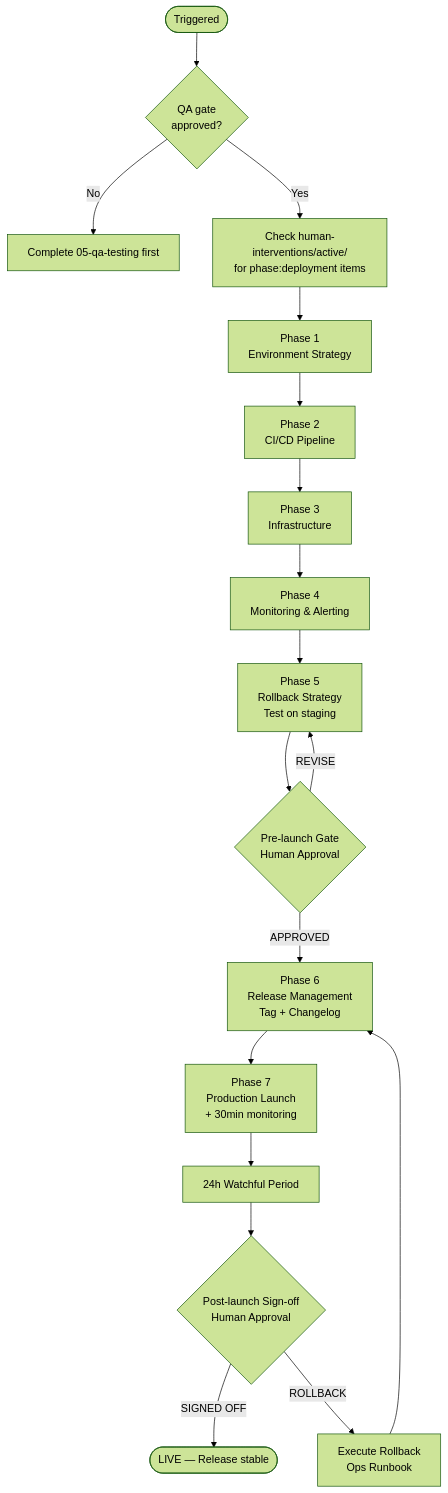
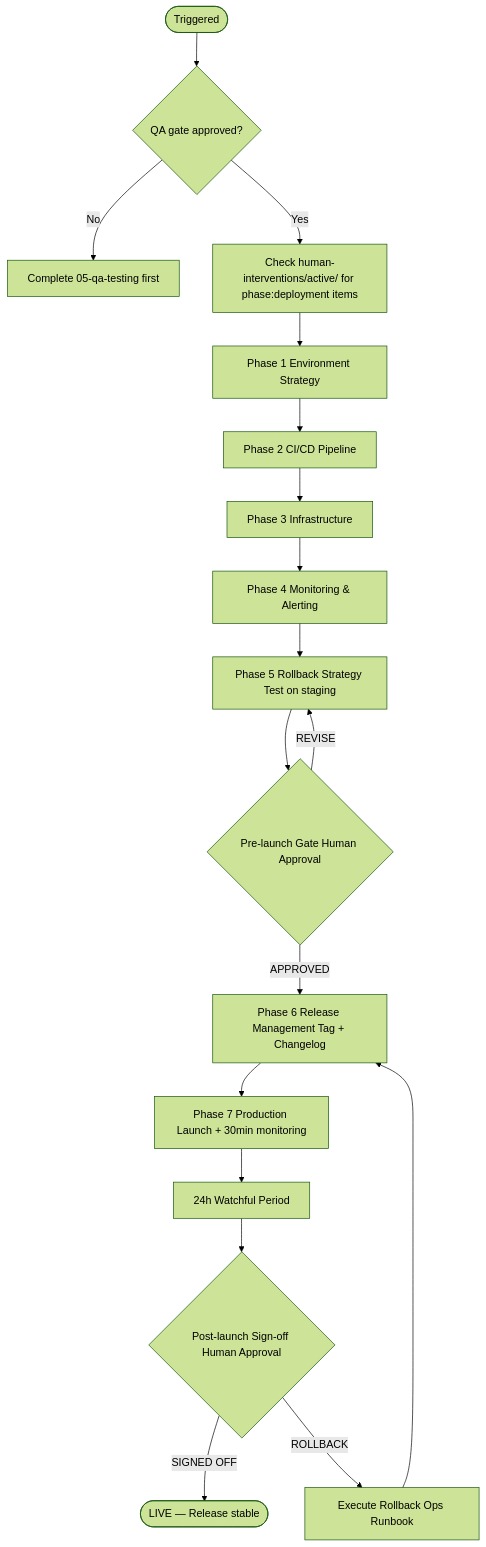
Before and after one commit to ivanyeors/product-agentic-templates: the first of 2 diagrams in .cursor/skills/06-deployment/SKILL.md, drawn with Mermaid (forest theme). The commit also changed other lines of this file and 39 other files, not shown here.

````diff
--- a/.cursor/skills/06-deployment/SKILL.md
+++ b/.cursor/skills/06-deployment/SKILL.md
@@ -36,20 +36,20 @@
 ```mermaid
 flowchart TD
-    start([Triggered]) --> prereq{QA gate\napproved?}
+    start([Triggered]) --> prereq{QA gate approved?}
     prereq -->|No| block[Complete 05-qa-testing first]
-    prereq -->|Yes| hi_check[Check human-interventions/active/\nfor phase:deployment items]
-    hi_check --> s1[Phase 1\nEnvironment Strategy]
-    s1 --> s2[Phase 2\nCI/CD Pipeline]
-    s2 --> s3[Phase 3\nInfrastructure]
-    s3 --> s4[Phase 4\nMonitoring & Alerting]
-    s4 --> s5[Phase 5\nRollback Strategy\nTest on staging]
-    s5 --> gate_pre{Pre-launch Gate\nHuman Approval}
-    gate_pre -->|APPROVED| s6[Phase 6\nRelease Management\nTag + Changelog]
+    prereq -->|Yes| hi_check[Check human-interventions/active/ for phase:deployment items]
+    hi_check --> s1[Phase 1 Environment Strategy]
+    s1 --> s2[Phase 2 CI/CD Pipeline]
+    s2 --> s3[Phase 3 Infrastructure]
+    s3 --> s4[Phase 4 Monitoring & Alerting]
+    s4 --> s5[Phase 5 Rollback Strategy Test on staging]
+    s5 --> gate_pre{Pre-launch Gate Human Approval}
+    gate_pre -->|APPROVED| s6[Phase 6 Release Management Tag + Changelog]
     gate_pre -->|REVISE| s5
-    s6 --> s7[Phase 7\nProduction Launch\n+ 30min monitoring]
+    s6 --> s7[Phase 7 Production Launch + 30min monitoring]
     s7 --> watchful[24h Watchful Period]
-    watchful --> gate_post{Post-launch Sign-off\nHuman Approval}
+    watchful --> gate_post{Post-launch Sign-off Human Approval}
     gate_post -->|SIGNED OFF| live([LIVE — Release stable])
-    gate_post -->|ROLLBACK| rollback[Execute Rollback\nOps Runbook]
+    gate_post -->|ROLLBACK| rollback[Execute Rollback Ops Runbook]
     rollback --> s6
 ```
````
